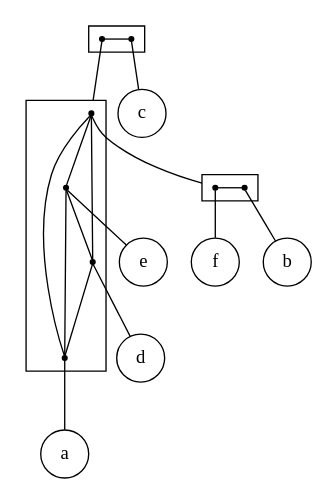
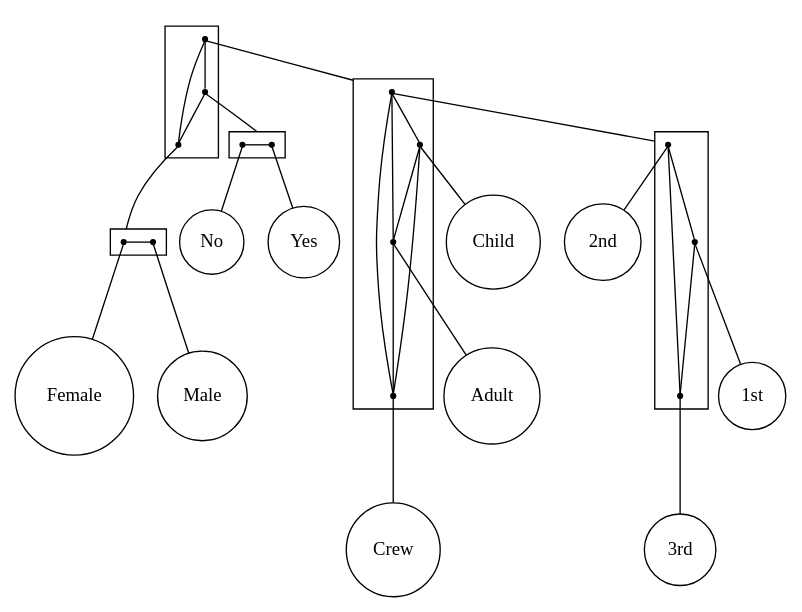
Before and after one commit to lrodrin/TFG: the diagram in src/final/plain_2-structure.dot, drawn with Graphviz.

```diff
--- a/src/final/plain_2-structure.dot
+++ b/src/final/plain_2-structure.dot
@@ -1,43 +1,67 @@
 strict digraph "plain_2-structure" {
 compound=true;
 fontname=Verdana;
 fontsize=12;
 newrank=true;
 node [shape=circle];
-c;
-e;
-d;
-a;
-f;
-b;
-subgraph cluster_dbceaf {
+Child;
+Adult;
+Crew;
+"2nd";
+"1st";
+"3rd";
+Female;
+Male;
+Yes;
+No;
+subgraph cluster_AdultYesChild3rd2ndCrewNo1stFemaleMale {
+node [shape=point];
+s_Adult3rd2ndCrew1stChild -> s_YesNo  [arrowhead=none, color=black];
+s_Adult3rd2ndCrew1stChild -> s_FemaleMale  [arrowhead=none, color=black];
+s_YesNo -> s_FemaleMale  [arrowhead=none, color=black];
+}
+
+subgraph cluster_Adult3rd2ndCrew1stChild {
+node [shape=point];
+s_3rd2nd1st -> s_Child  [arrowhead=none, color=black];
+s_3rd2nd1st -> s_Adult  [arrowhead=none, color=black];
+s_3rd2nd1st -> s_Crew  [arrowhead=none, color=black];
+s_Child -> s_Adult  [arrowhead=none, color=black];
+s_Child -> s_Crew  [arrowhead=none, color=black];
+s_Adult -> s_Crew  [arrowhead=none, color=black];
+}
+
+subgraph cluster_3rd2nd1st {
+node [shape=point];
+s_2nd -> s_1st  [arrowhead=none, color=black];
+s_2nd -> s_3rd  [arrowhead=none, color=black];
+s_1st -> s_3rd  [arrowhead=none, color=black];
+}
+
+subgraph cluster_FemaleMale {
 rank=same;
 node [shape=point];
-s_dbeaf -> s_c  [arrowhead=none, color=black];
+s_Female -> s_Male  [arrowhead=none, color=black];
 }
 
-subgraph cluster_dbeaf {
+subgraph cluster_YesNo {
+rank=same;
 node [shape=point];
-s_bf -> s_e  [arrowhead=none, color=black];
-s_bf -> s_d  [arrowhead=none, color=black];
-s_bf -> s_a  [arrowhead=none, color=black];
-s_e -> s_d  [arrowhead=none, color=black];
-s_e -> s_a  [arrowhead=none, color=black];
-s_d -> s_a  [arrowhead=none, color=black];
+s_Yes -> s_No  [arrowhead=none, color=black];
 }
 
-subgraph cluster_bf {
-rank=same;
-node [shape=point];
-s_f -> s_b  [arrowhead=none, color=black];
+s_Adult3rd2ndCrew1stChild -> s_3rd2nd1st  [arrowhead=none, lhead=cluster_Adult3rd2ndCrew1stChild];
+s_YesNo -> s_Yes  [arrowhead=none, lhead=cluster_YesNo];
+s_FemaleMale -> s_Female  [arrowhead=none, lhead=cluster_FemaleMale];
+s_3rd2nd1st -> s_2nd  [arrowhead=none, lhead=cluster_3rd2nd1st];
+s_Child -> Child  [arrowhead=none];
+s_Adult -> Adult  [arrowhead=none];
+s_Crew -> Crew  [arrowhead=none];
+s_2nd -> "2nd"  [arrowhead=none];
+s_1st -> "1st"  [arrowhead=none];
+s_3rd -> "3rd"  [arrowhead=none];
+s_Female -> Female  [arrowhead=none];
+s_Male -> Male  [arrowhead=none];
+s_Yes -> Yes  [arrowhead=none];
+s_No -> No  [arrowhead=none];
 }
-
-s_dbeaf -> s_bf  [arrowhead=none, lhead=cluster_dbeaf];
-s_c -> c  [arrowhead=none];
-s_bf -> s_f  [arrowhead=none, lhead=cluster_bf];
-s_e -> e  [arrowhead=none];
-s_d -> d  [arrowhead=none];
-s_a -> a  [arrowhead=none];
-s_f -> f  [arrowhead=none];
-s_b -> b  [arrowhead=none];
-}
```
